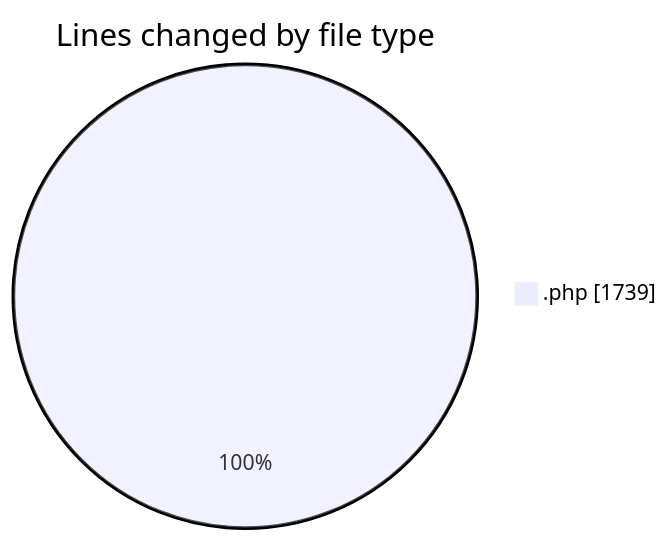
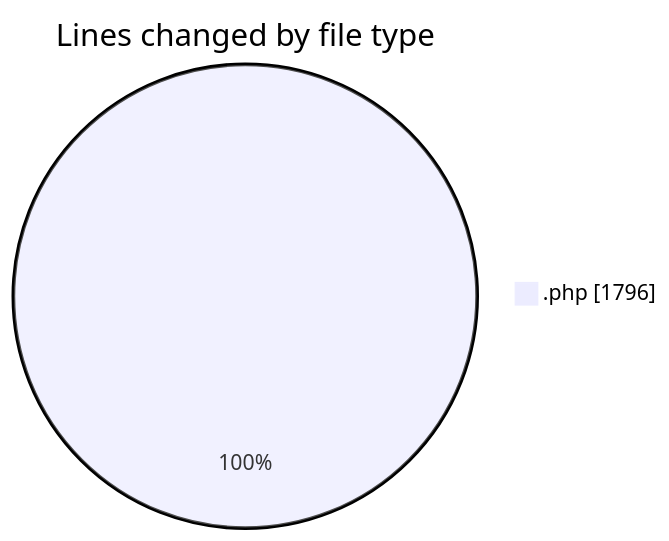
The first of 2 diagrams in 2026-07-13/wp-content/README.md (debugP/code-tracking), drawn with Mermaid before and after one commit. The commit also changed other lines of this file and 1 other file, not shown here.

````diff
--- a/2026-07-13/wp-content/README.md
+++ b/2026-07-13/wp-content/README.md
@@ -20,5 +20,5 @@
 ```mermaid
 pie showData
 title Lines changed by file type
-".php" : 1739
+".php" : 1796
 ```
````
